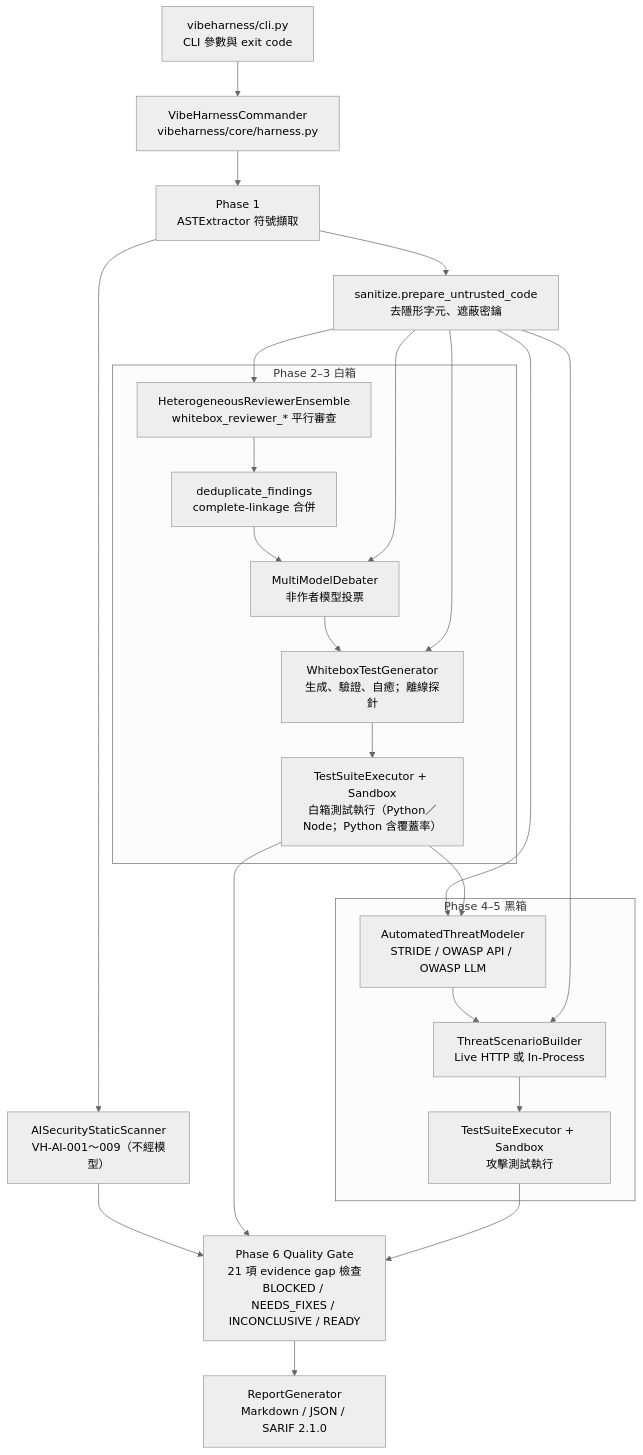
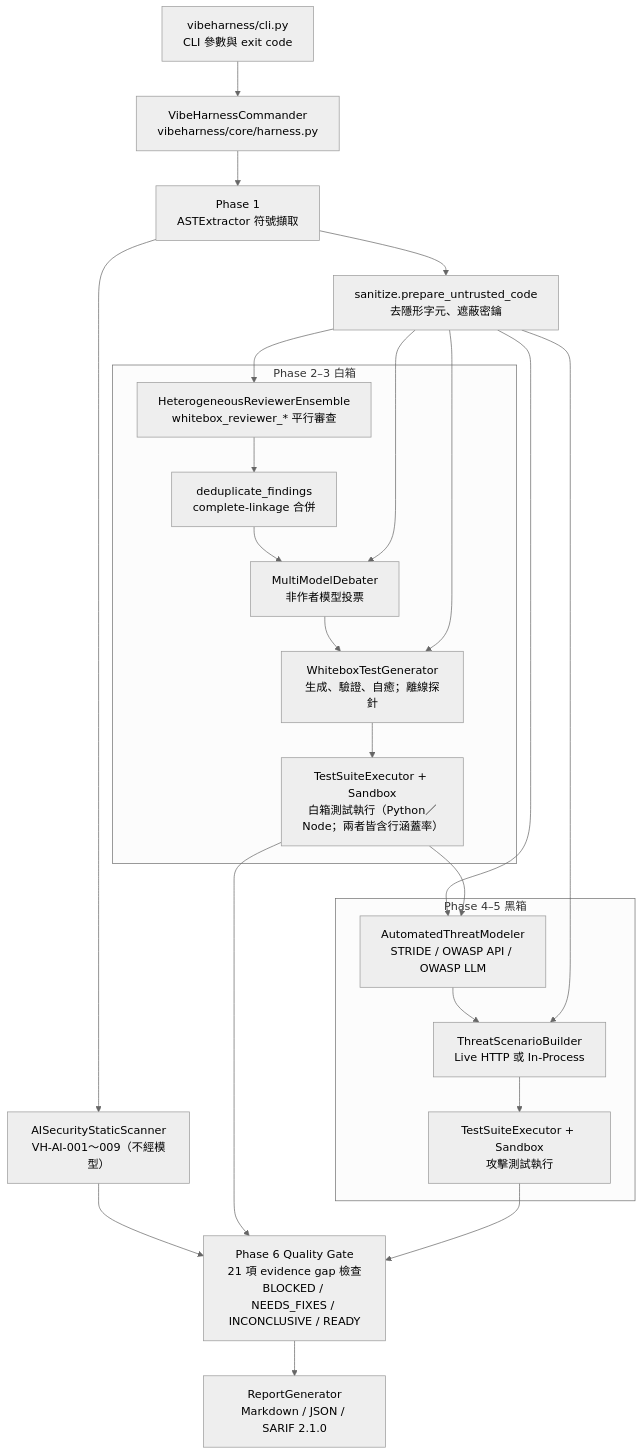
The first of 3 diagrams in docs/design.md (chinchiang/MultiAgentGama), drawn with Mermaid (neutral theme) before and after one commit. The commit also changed other lines of this file and 7 other files, not shown here.

````diff
--- a/docs/design.md
+++ b/docs/design.md
@@ -43,34 +43,34 @@
 ```mermaid
 flowchart TD
     CLI["vibeharness/cli.py<br/>CLI 參數與 exit code"] --> CMD["VibeHarnessCommander<br/>vibeharness/core/harness.py"]
     CMD --> P1["Phase 1<br/>ASTExtractor 符號擷取"]
     P1 --> SAST["AISecurityStaticScanner<br/>VH-AI-001～009（不經模型）"]
     P1 --> SAN["sanitize.prepare_untrusted_code<br/>去隱形字元、遮蔽密鑰"]
 
     subgraph WB ["Phase 2–3 白箱"]
         REV["HeterogeneousReviewerEnsemble<br/>whitebox_reviewer_* 平行審查"]
         DEDUP["deduplicate_findings<br/>complete-linkage 合併"]
         DEB["MultiModelDebater<br/>非作者模型投票"]
         GEN["WhiteboxTestGenerator<br/>生成、驗證、自癒；離線探針"]
-        EXE1["TestSuiteExecutor + Sandbox<br/>白箱測試執行（Python／Node；Python 含覆蓋率）"]
+        EXE1["TestSuiteExecutor + Sandbox<br/>白箱測試執行（Python／Node；兩者皆含行涵蓋率）"]
         REV --> DEDUP --> DEB --> GEN --> EXE1
     end
 
     subgraph BB ["Phase 4–5 黑箱"]
         TM["AutomatedThreatModeler<br/>STRIDE / OWASP API / OWASP LLM"]
         ATK["ThreatScenarioBuilder<br/>Live HTTP 或 In-Process"]
         EXE2["TestSuiteExecutor + Sandbox<br/>攻擊測試執行"]
         TM --> ATK --> EXE2
     end
 
     SAN --> REV
     SAN --> DEB
     SAN --> GEN
     SAN --> TM
     SAN --> ATK
     EXE1 --> TM
     SAST --> GATE
     EXE1 --> GATE
     EXE2 --> GATE["Phase 6 Quality Gate<br/>21 項 evidence gap 檢查<br/>BLOCKED / NEEDS_FIXES / INCONCLUSIVE / READY"]
     GATE --> OUT["ReportGenerator<br/>Markdown / JSON / SARIF 2.1.0"]
 ```
````
